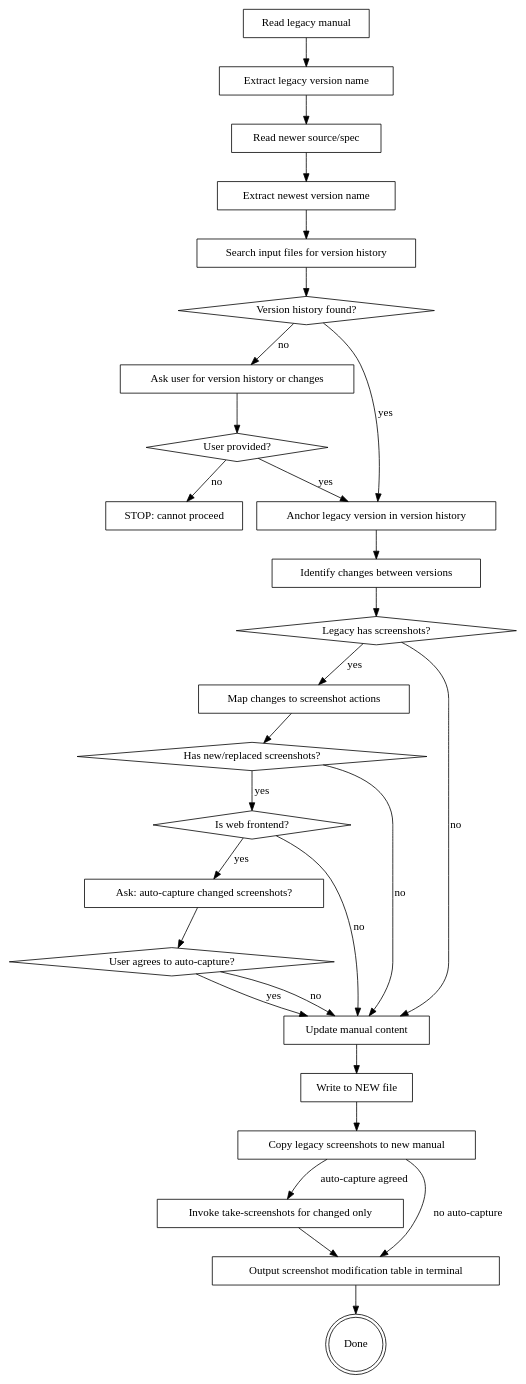
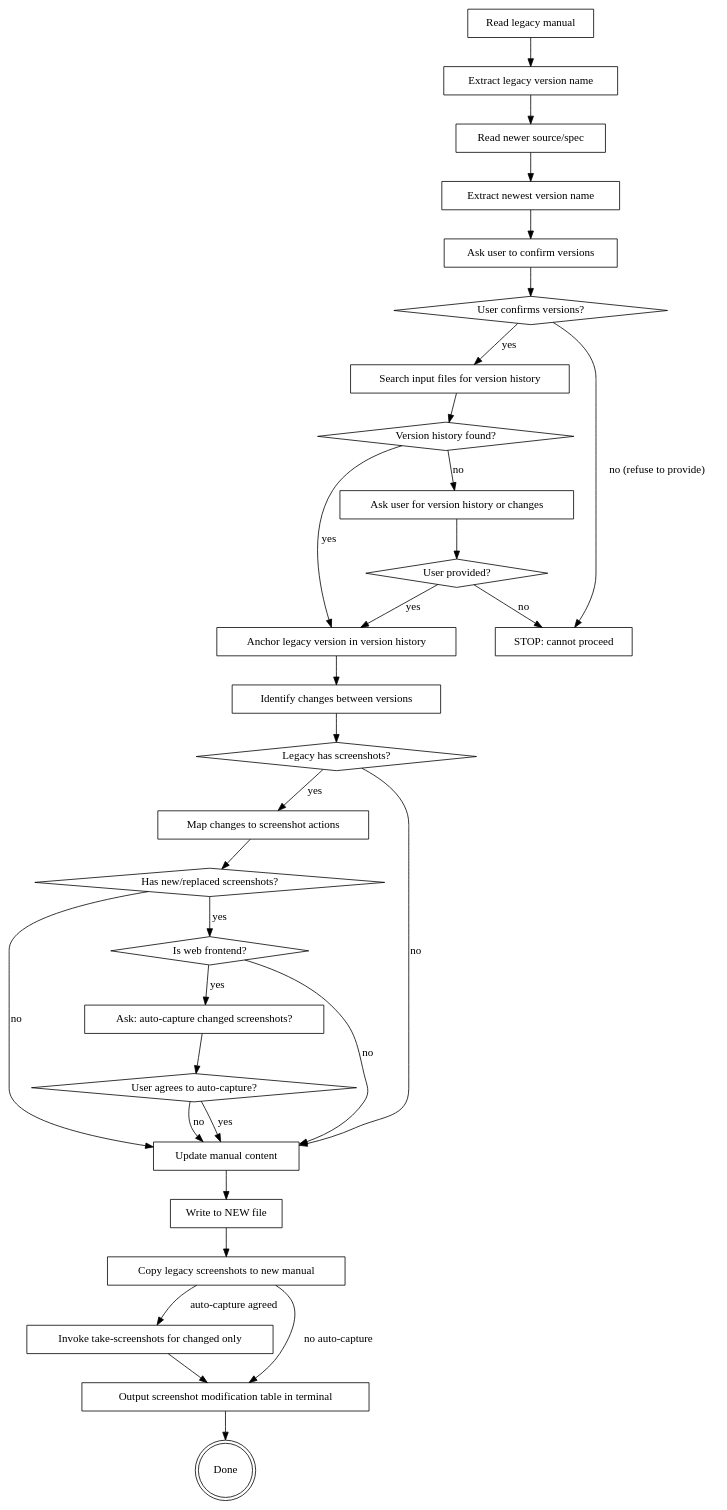
The third of 3 diagrams in skills/writing-user-manual/SKILL.md (wisquest/yanzhi-user-manual-generator), drawn with Graphviz before and after one commit. The commit also changed other lines of this file and 3 other files, not shown here.

First line of the commit message:
docs: fix sidebar collapse expand button visibility, add version confirmation for writing-user-manual

````diff
--- a/skills/writing-user-manual/SKILL.md
+++ b/skills/writing-user-manual/SKILL.md
@@ -197,56 +211,61 @@
 ```dot
 digraph update_flow {
   "Read legacy manual" [shape=box];
   "Extract legacy version name" [shape=box];
   "Read newer source/spec" [shape=box];
   "Extract newest version name" [shape=box];
+  "Ask user to confirm versions" [shape=box];
+  "User confirms versions?" [shape=diamond];
   "Search input files for version history" [shape=box];
   "Version history found?" [shape=diamond];
   "Ask user for version history or changes" [shape=box];
   "User provided?" [shape=diamond];
   "STOP: cannot proceed" [shape=box];
   "Anchor legacy version in version history" [shape=box];
   "Identify changes between versions" [shape=box];
   "Legacy has screenshots?" [shape=diamond];
   "Map changes to screenshot actions" [shape=box];
   "Has new/replaced screenshots?" [shape=diamond];
   "Is web frontend?" [shape=diamond];
   "Ask: auto-capture changed screenshots?" [shape=box];
   "User agrees to auto-capture?" [shape=diamond];
   "Update manual content" [shape=box];
   "Write to NEW file" [shape=box];
   "Copy legacy screenshots to new manual" [shape=box];
   "Invoke take-screenshots for changed only" [shape=box];
   "Output screenshot modification table in terminal" [shape=box];
   "Done" [shape=doublecircle];
 
   "Read legacy manual" -> "Extract legacy version name";
   "Extract legacy version name" -> "Read newer source/spec";
   "Read newer source/spec" -> "Extract newest version name";
-  "Extract newest version name" -> "Search input files for version history";
+  "Extract newest version name" -> "Ask user to confirm versions";
+  "Ask user to confirm versions" -> "User confirms versions?";
+  "User confirms versions?" -> "Search input files for version history" [label="yes"];
+  "User confirms versions?" -> "STOP: cannot proceed" [label="no (refuse to provide)"];
   "Search input files for version history" -> "Version history found?";
   "Version history found?" -> "Anchor legacy version in version history" [label="yes"];
   "Version history found?" -> "Ask user for version history or changes" [label="no"];
   "Ask user for version history or changes" -> "User provided?";
   "User provided?" -> "Anchor legacy version in version history" [label="yes"];
   "User provided?" -> "STOP: cannot proceed" [label="no"];
   "Anchor legacy version in version history" -> "Identify changes between versions";
   "Identify changes between versions" -> "Legacy has screenshots?";
   "Legacy has screenshots?" -> "Map changes to screenshot actions" [label="yes"];
   "Legacy has screenshots?" -> "Update manual content" [label="no"];
   "Map changes to screenshot actions" -> "Has new/replaced screenshots?";
   "Has new/replaced screenshots?" -> "Is web frontend?" [label="yes"];
   "Has new/replaced screenshots?" -> "Update manual content" [label="no"];
   "Is web frontend?" -> "Ask: auto-capture changed screenshots?" [label="yes"];
   "Is web frontend?" -> "Update manual content" [label="no"];
   "Ask: auto-capture changed screenshots?" -> "User agrees to auto-capture?";
   "User agrees to auto-capture?" -> "Update manual content" [label="yes"];
   "User agrees to auto-capture?" -> "Update manual content" [label="no"];
   "Update manual content" -> "Write to NEW file";
   "Write to NEW file" -> "Copy legacy screenshots to new manual";
   "Copy legacy screenshots to new manual" -> "Invoke take-screenshots for changed only" [label="auto-capture agreed"];
   "Copy legacy screenshots to new manual" -> "Output screenshot modification table in terminal" [label="no auto-capture"];
   "Invoke take-screenshots for changed only" -> "Output screenshot modification table in terminal";
   "Output screenshot modification table in terminal" -> "Done";
 }
 ```
````
